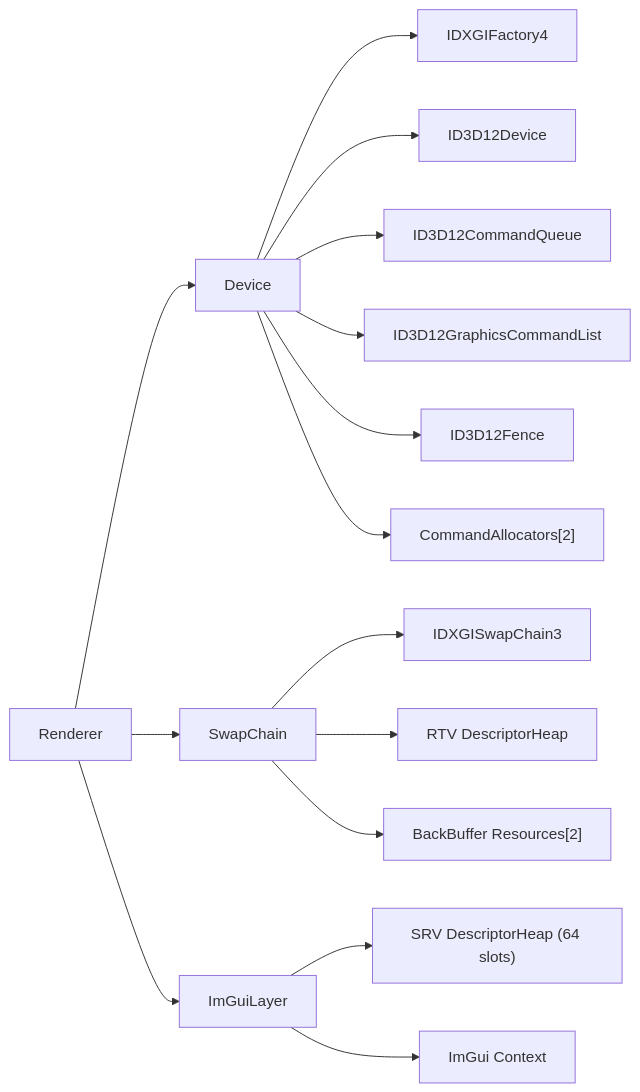
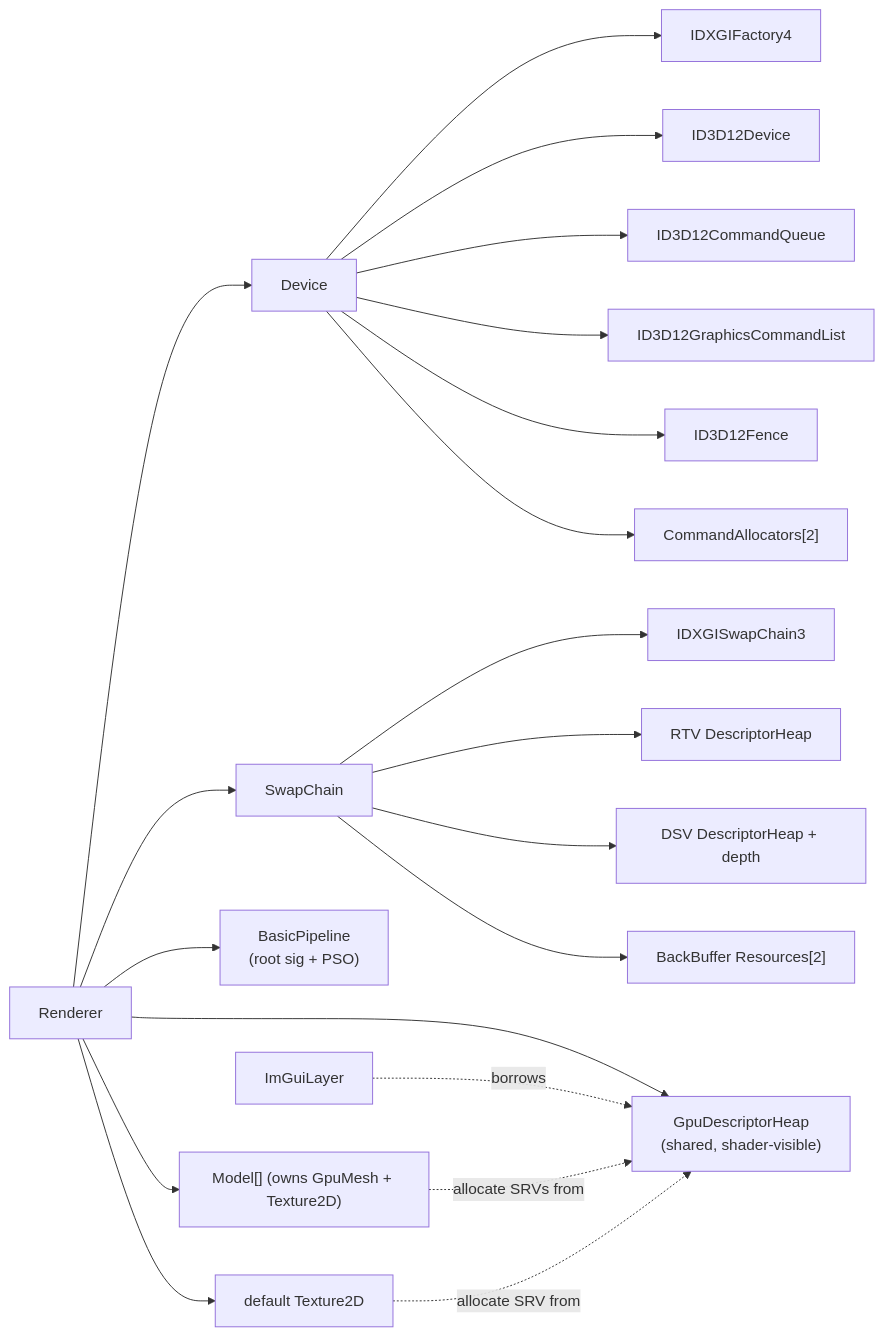
The fourth of 5 diagrams in docs/ARCHITECTURE.md (RomanovV/SummerEngine), drawn with Mermaid before and after one commit. The commit also changed other lines of this file, not shown here.

Commit message:
Updating ARCHITECTURE.md with current diagrams and future steps

````diff
--- a/docs/ARCHITECTURE.md
+++ b/docs/ARCHITECTURE.md
@@ -182,23 +268,28 @@
 ```mermaid
 graph LR
     Device["Device"]
     Device --> Factory["IDXGIFactory4"]
     Device --> D3D["ID3D12Device"]
     Device --> Queue["ID3D12CommandQueue"]
     Device --> CmdList["ID3D12GraphicsCommandList"]
     Device --> Fence["ID3D12Fence"]
     Device --> Allocators["CommandAllocators[2]"]
 
     SwapChain["SwapChain"]
     SwapChain --> DXGI["IDXGISwapChain3"]
     SwapChain --> RTVHeap["RTV DescriptorHeap"]
+    SwapChain --> DSVHeap["DSV DescriptorHeap + depth"]
     SwapChain --> BackBuffers["BackBuffer Resources[2]"]
 
-    ImGuiLayer["ImGuiLayer"]
-    ImGuiLayer --> SRVHeap["SRV DescriptorHeap (64 slots)"]
-    ImGuiLayer --> ImGuiCtx["ImGui Context"]
+    Renderer["Renderer"]
+    Renderer --> Device
+    Renderer --> SwapChain
+    Renderer --> SrvHeap["GpuDescriptorHeap<br/>(shared, shader-visible)"]
+    Renderer --> Pipeline["BasicPipeline<br/>(root sig + PSO)"]
+    Renderer --> Models["Model[] (owns GpuMesh + Texture2D)"]
+    Renderer --> DefaultTex["default Texture2D"]
 
-    Renderer["Renderer"] --> Device
-    Renderer --> SwapChain
-    Renderer --> ImGuiLayer
+    ImGuiLayer["ImGuiLayer"] -.borrows.-> SrvHeap
+    Models -.allocate SRVs from.-> SrvHeap
+    DefaultTex -.allocate SRV from.-> SrvHeap
 ```
````
